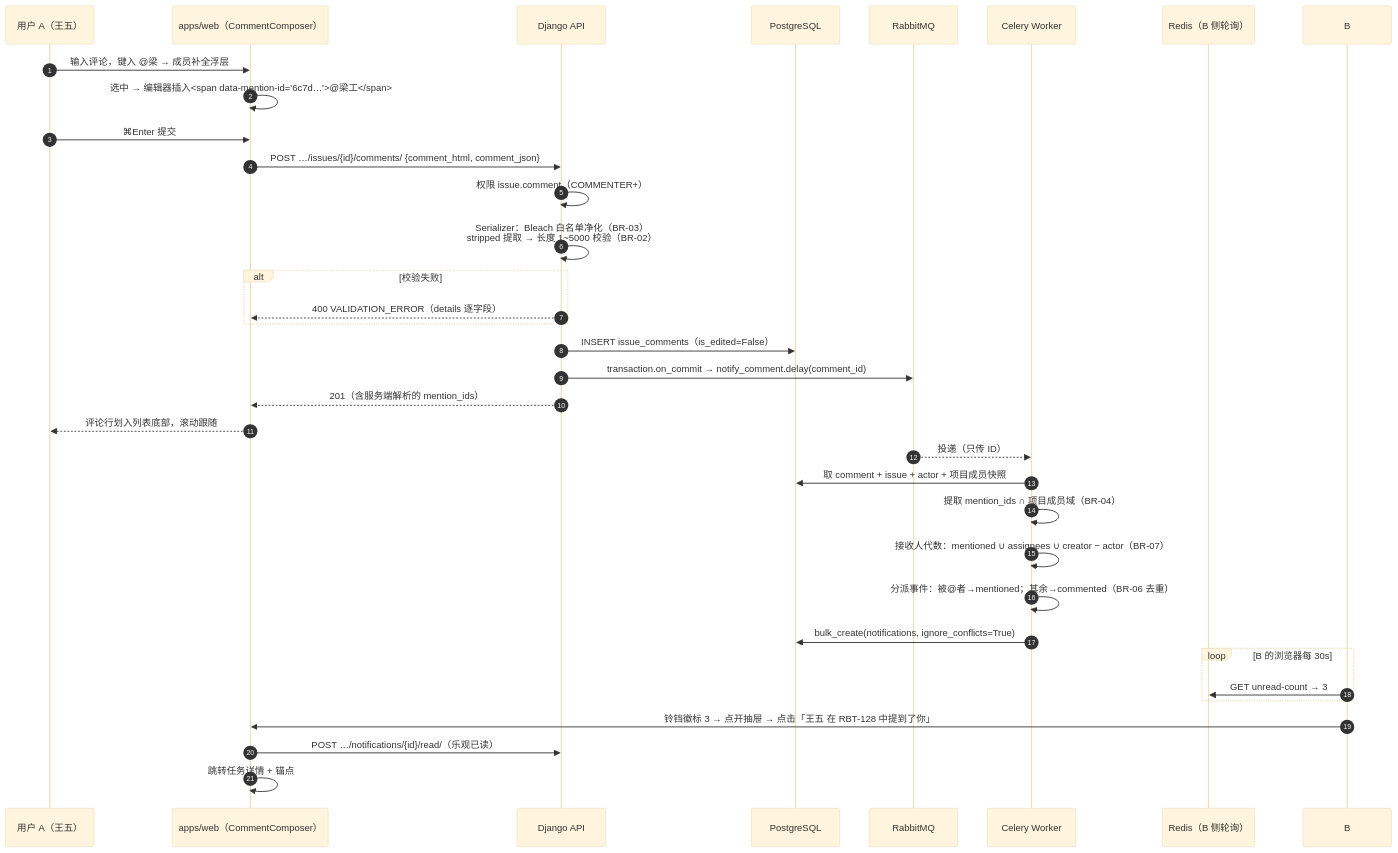
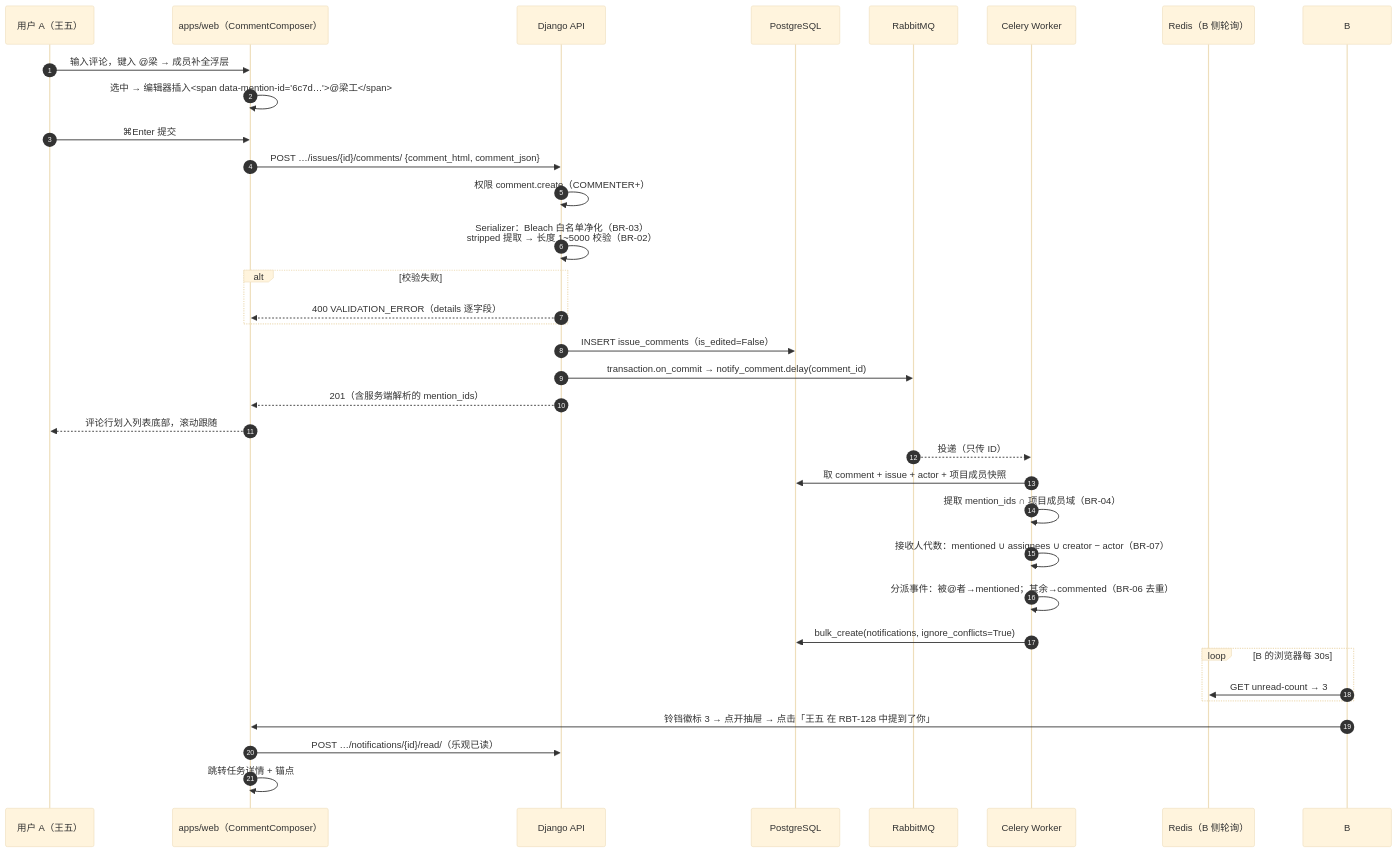
One commit to RabbitAI-Lab/RabbitProjects changed the first of 4 diagrams in docs/sprint-1-mvp/COLLAB-001-comment-notify.md. Above: the diagram before and after it, drawn with Mermaid (base theme). The commit also changed other lines of this file and 11 other files, not shown here.

````diff
--- a/docs/sprint-1-mvp/COLLAB-001-comment-notify.md
+++ b/docs/sprint-1-mvp/COLLAB-001-comment-notify.md
@@ -111,37 +111,37 @@
 ```mermaid
 sequenceDiagram
     autonumber
     participant U as 用户 A（王五）
     participant W as apps/web（CommentComposer）
     participant API as Django API
     participant DB as PostgreSQL
     participant MQ as RabbitMQ
     participant CW as Celery Worker
     participant RB as Redis（B 侧轮询）
 
     U->>W: 输入评论，键入 @梁 → 成员补全浮层
     W->>W: 选中 → 编辑器插入<span data-mention-id="6c7d…">@梁工</span>
     U->>W: ⌘Enter 提交
     W->>API: POST …/issues/{id}/comments/ {comment_html, comment_json}
-    API->>API: 权限 issue.comment（COMMENTER+）
+    API->>API: 权限 comment.create（COMMENTER+）
     API->>API: Serializer：Bleach 白名单净化（BR-03）<br/>stripped 提取 → 长度 1~5000 校验（BR-02）
     alt 校验失败
         API-->>W: 400 VALIDATION_ERROR（details 逐字段）
     end
     API->>DB: INSERT issue_comments（is_edited=False）
     API->>MQ: transaction.on_commit → notify_comment.delay(comment_id)
     API-->>W: 201（含服务端解析的 mention_ids）
     W-->>U: 评论行划入列表底部，滚动跟随
     MQ-->>CW: 投递（只传 ID）
     CW->>DB: 取 comment + issue + actor + 项目成员快照
     CW->>CW: 提取 mention_ids ∩ 项目成员域（BR-04）
     CW->>CW: 接收人代数：mentioned ∪ assignees ∪ creator − actor（BR-07）
     CW->>CW: 分派事件：被@者→mentioned；其余→commented（BR-06 去重）
     CW->>DB: bulk_create(notifications, ignore_conflicts=True)
     loop B 的浏览器每 30s
         B->>RB: GET unread-count → 3
     end
     B->>W: 铃铛徽标 3 → 点开抽屉 → 点击「王五 在 RBT-128 中提到了你」
     W->>API: POST …/notifications/{id}/read/（乐观已读）
     W->>W: 跳转任务详情 + 锚点 #comment-{id} 高亮 2s
 ```
````
